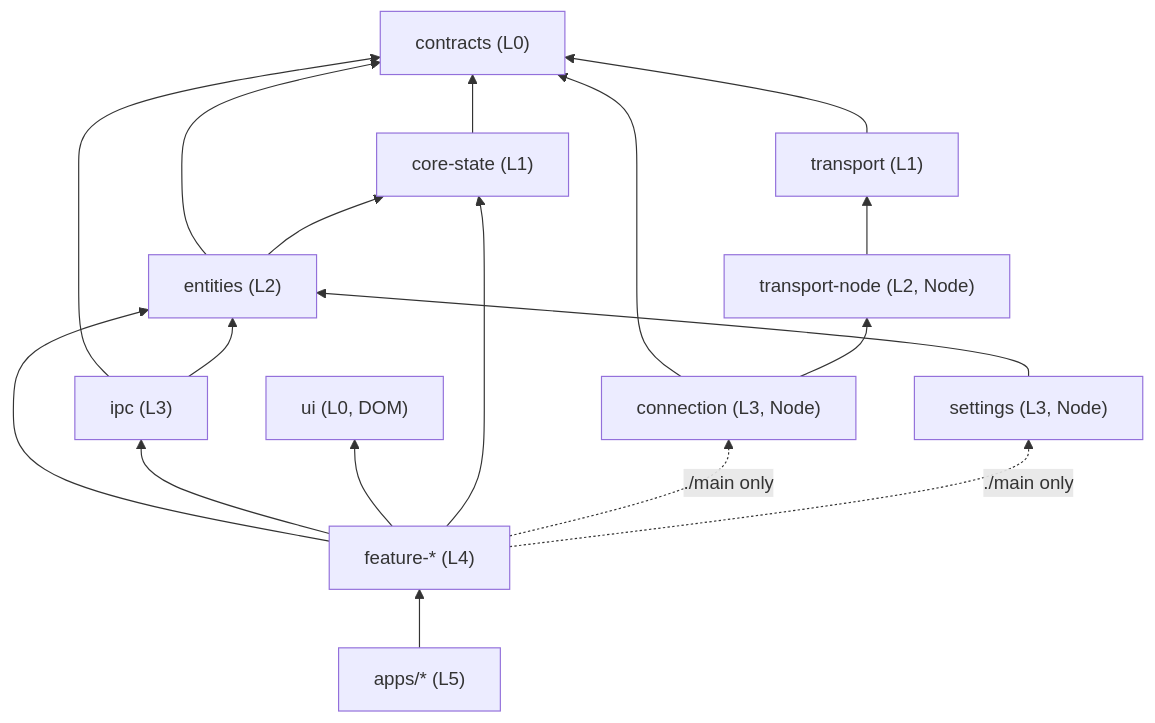
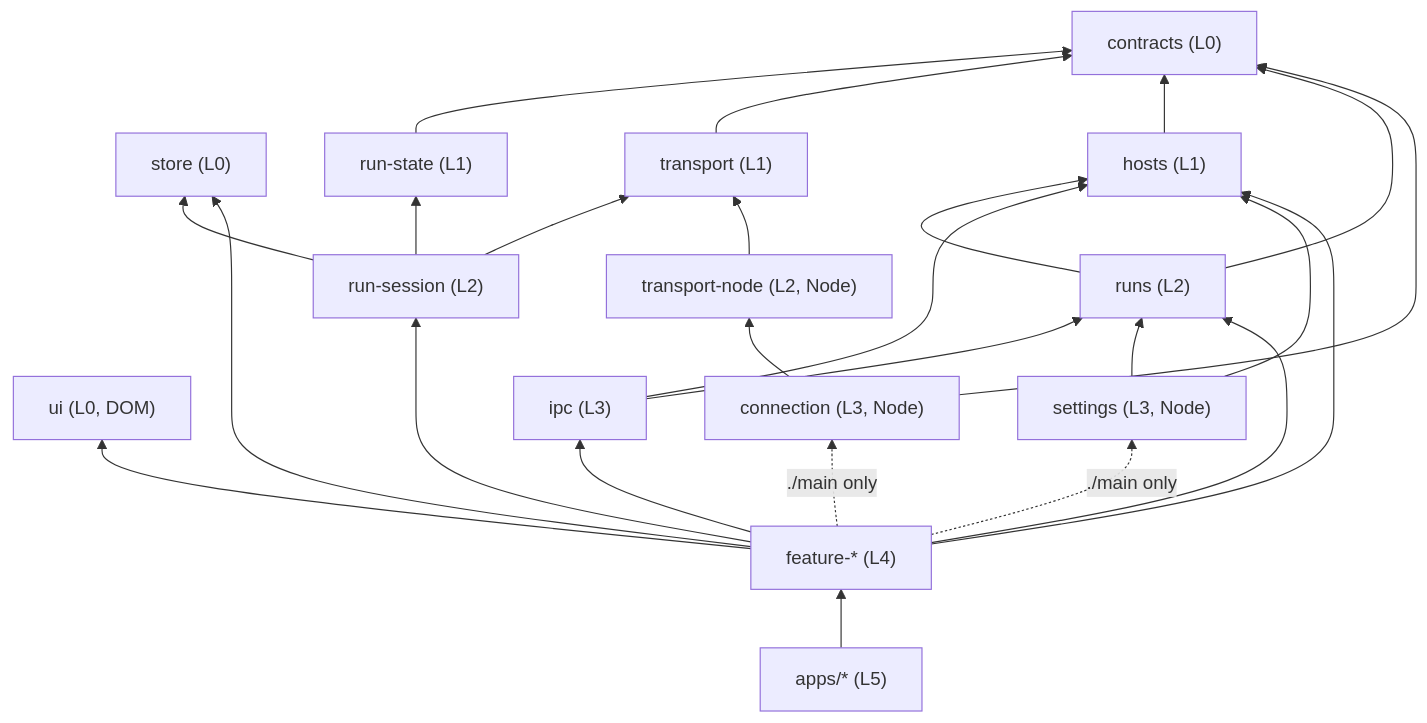
One commit to uw-syfi/vibesys changed the diagram in docs/contributing/clients-architecture.md. Above: the diagram before and after it, drawn with Mermaid. The commit also changed other lines of this file and 35 other files, not shown here.

````diff
--- a/docs/contributing/clients-architecture.md
+++ b/docs/contributing/clients-architecture.md
@@ -57,15 +64,18 @@
 ```mermaid
 flowchart BT
   contracts["contracts (L0)"]
   ui["ui (L0, DOM)"]
-  core-state["core-state (L1)"] --> contracts
+  store["store (L0)"]
+  run-state["run-state (L1)"] --> contracts
   transport["transport (L1)"] --> contracts
-  entities["entities (L2)"] --> contracts & core-state
+  hosts["hosts (L1)"] --> contracts
+  runs["runs (L2)"] --> contracts & hosts
+  run-session["run-session (L2)"] --> run-state & transport & store
   transport-node["transport-node (L2, Node)"] --> transport
-  ipc["ipc (L3)"] --> contracts & entities
+  ipc["ipc (L3)"] --> hosts & runs
   connection["connection (L3, Node)"] --> contracts & transport-node
-  settings["settings (L3, Node)"] --> entities
-  features["feature-* (L4)"] --> entities & ipc & ui & core-state
+  settings["settings (L3, Node)"] --> hosts & runs
+  features["feature-* (L4)"] --> run-session & runs & hosts & ipc & ui & store
   features -. "./main only" .-> connection & settings
   apps["apps/* (L5)"] --> features
 ```
````
